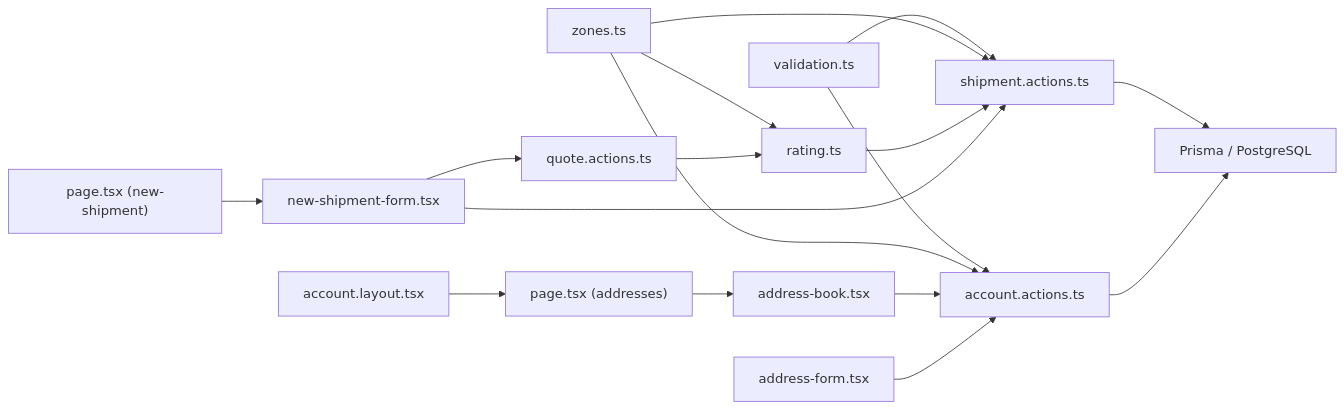
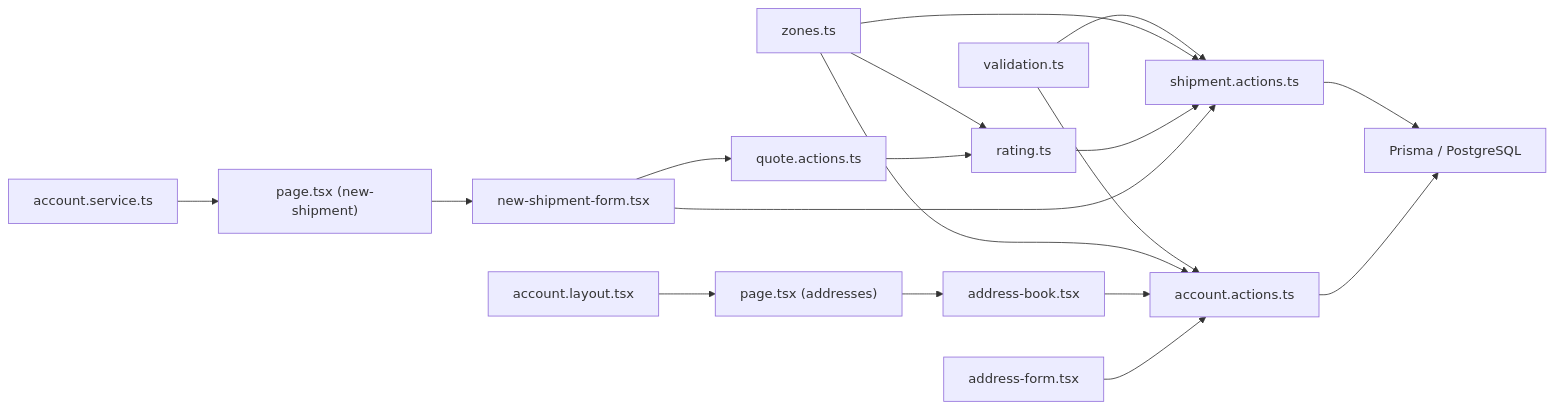
Diagram 15 of 15 in .qoder/repowiki/en/content/Shipment Management/Address Management.md (gyamposudodzi/Timberland), drawn with Mermaid before and after one commit. The commit also changed other lines of this file and 28 other files, not shown here.

````diff
--- a/.qoder/repowiki/en/content/Shipment Management/Address Management.md
+++ b/.qoder/repowiki/en/content/Shipment Management/Address Management.md
@@ -493,19 +560,20 @@
 ```mermaid
 graph LR
 V["validation.ts"] --> S["shipment.actions.ts"]
 V --> AA["account.actions.ts"]
 Z["zones.ts"] --> S
 Z --> AA
 Z --> R["rating.ts"]
 R --> S
 S --> DB["Prisma / PostgreSQL"]
 AA --> DB
 Q["quote.actions.ts"] --> R
 UI["new-shipment-form.tsx"] --> S
 UI --> Q
 UI2["address-book.tsx"] --> AA
 UI3["address-form.tsx"] --> AA
 PAGE["page.tsx (addresses)"] --> UI2
 PAGE2["page.tsx (new-shipment)"] --> UI
 AL["account.layout.tsx"] --> PAGE
+AS["account.service.ts"] --> PAGE2
 ```
````
